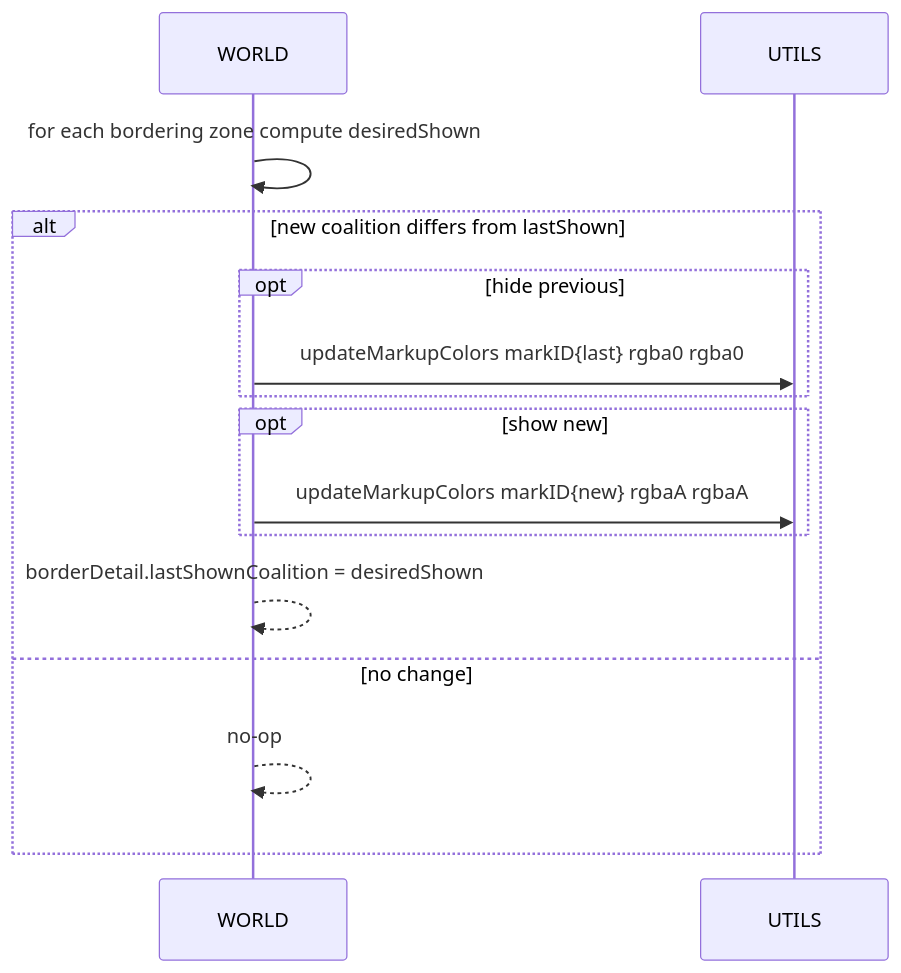
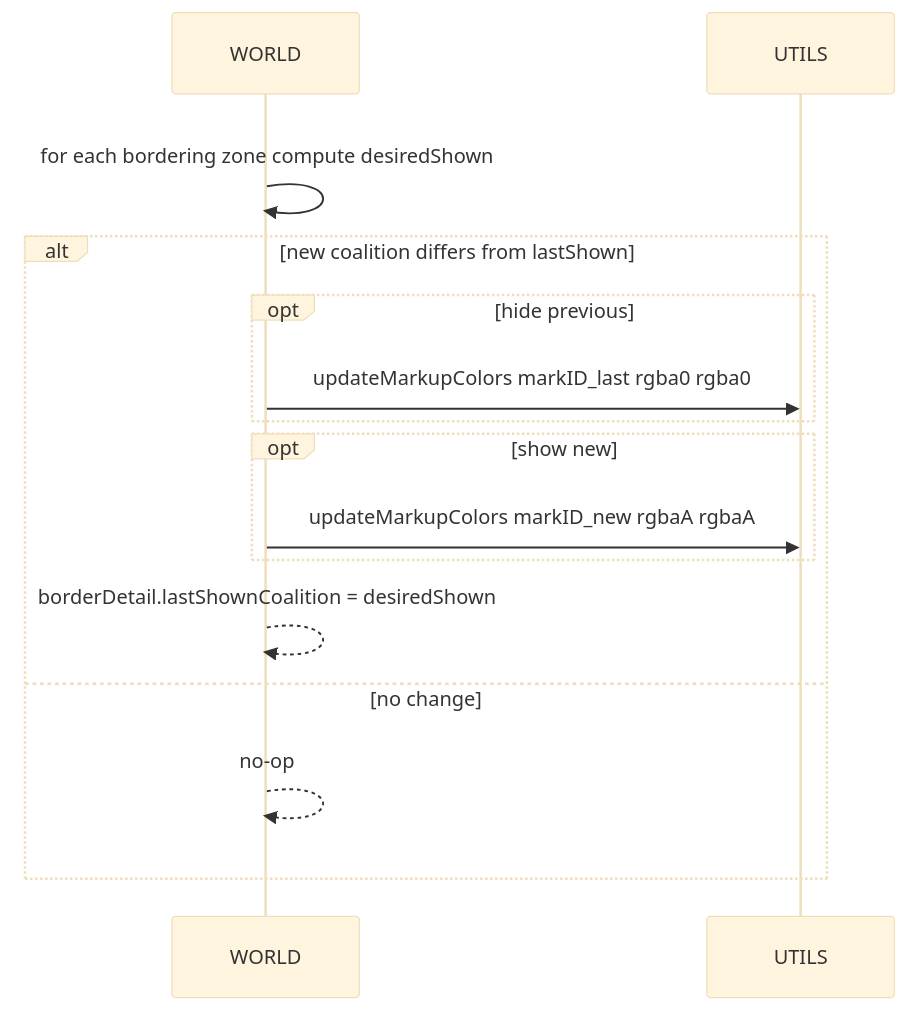
Before and after one commit to Gh0st352/AETHR: the third of 4 diagrams in docs/config/zone_paint_and_bounds.md, drawn with Mermaid. The commit also changed other lines of this file and 8 other files, not shown here.

First line of the commit message:
docs(config): enhance Mermaid diagrams with theme/layout

````diff
--- a/docs/config/zone_paint_and_bounds.md
+++ b/docs/config/zone_paint_and_bounds.md
@@ -74,17 +84,20 @@
 ```mermaid
+%%{init: {"theme":"base"}}%%
 sequenceDiagram
+  rect rgba(255,255,255,0.75)
   participant W as WORLD
   participant U as UTILS
   W->>W: for each bordering zone compute desiredShown
   alt new coalition differs from lastShown
     opt hide previous
-      W->>U: updateMarkupColors markID{last} rgba0 rgba0
+      W->>U: updateMarkupColors markID_last rgba0 rgba0
     end
     opt show new
-      W->>U: updateMarkupColors markID{new} rgbaA rgbaA
+      W->>U: updateMarkupColors markID_new rgbaA rgbaA
     end
     W-->>W: borderDetail.lastShownCoalition = desiredShown
   else no change
     W-->>W: no-op
   end
+  end
 ```
````
